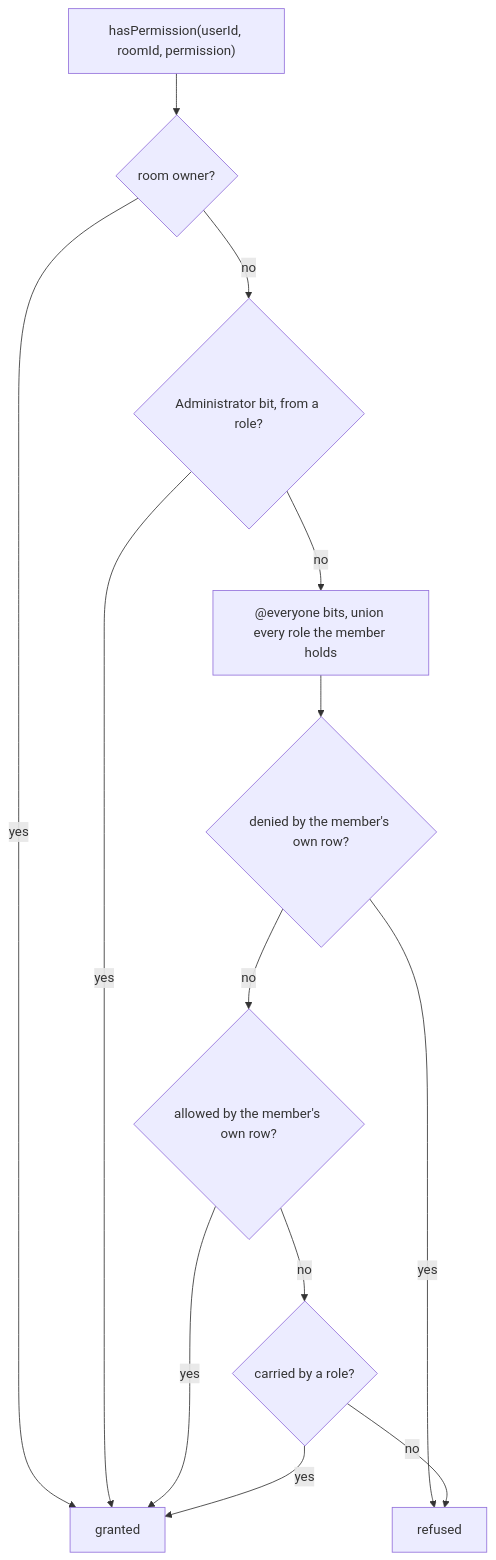
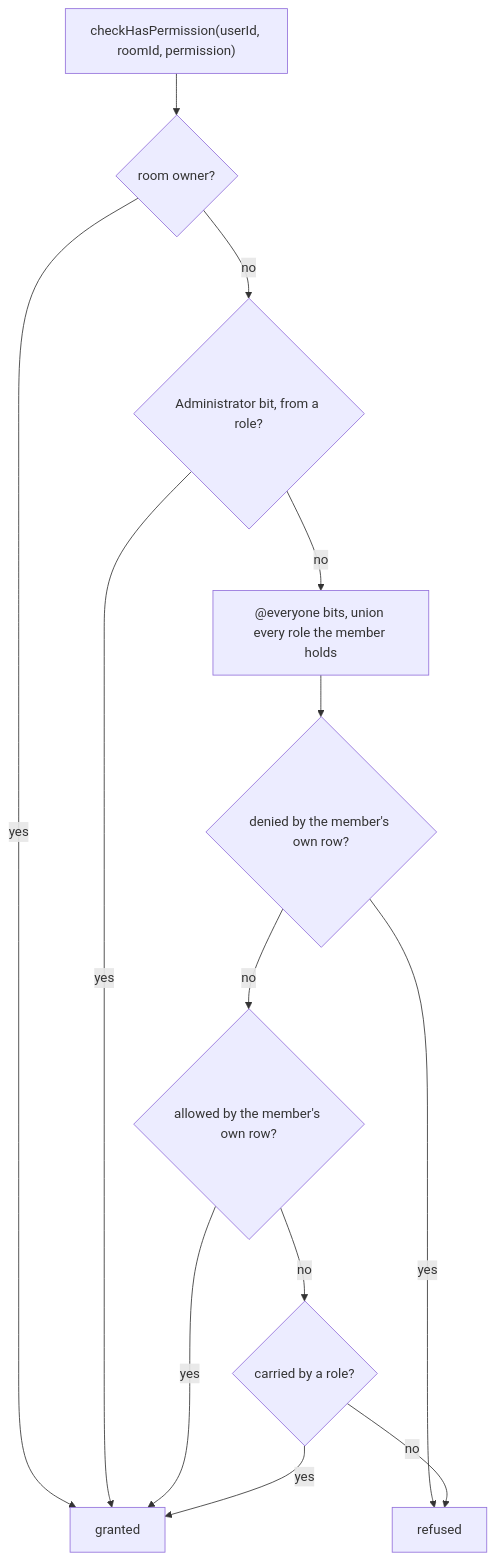
One commit to Esposter/Esposter changed the diagram in packages/app/content/docs/proposals/esbabbler/member-permission-overrides.md. Above: the diagram before and after it, drawn with Mermaid. The commit also changed other lines of this file and 25 other files, not shown here.

First line of the commit message:
refactor(db-schema): sweep naming over the relations, services and root files

````diff
--- a/packages/app/content/docs/proposals/esbabbler/member-permission-overrides.md
+++ b/packages/app/content/docs/proposals/esbabbler/member-permission-overrides.md
@@ -24,15 +24,15 @@
 ```mermaid
 flowchart TD
-  ask["hasPermission(userId, roomId, permission)"] --> owner{"room owner?"}
+  ask["checkHasPermission(userId, roomId, permission)"] --> owner{"room owner?"}
   owner -->|yes| yes["granted"]
   owner -->|no| admin{"Administrator bit, from a role?"}
   admin -->|yes| yes
   admin -->|no| base["@everyone bits, union every role the member holds"]
   base --> deny{"denied by the member's own row?"}
   deny -->|yes| no["refused"]
   deny -->|no| allow{"allowed by the member's own row?"}
   allow -->|yes| yes
   allow -->|no| roles{"carried by a role?"}
   roles -->|yes| yes
   roles -->|no| no
 ```
````
